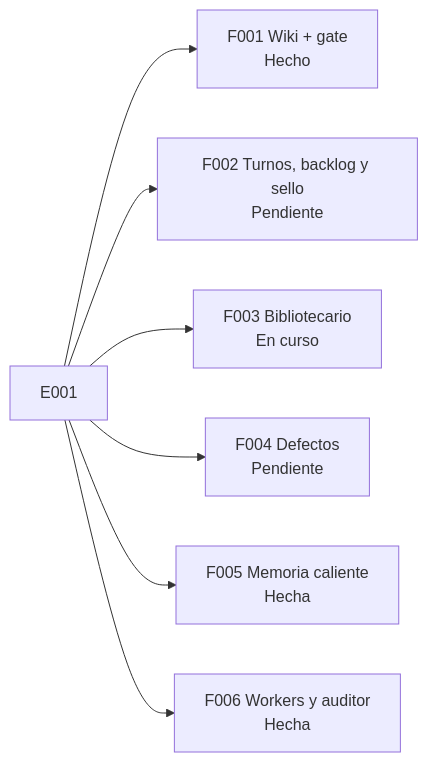
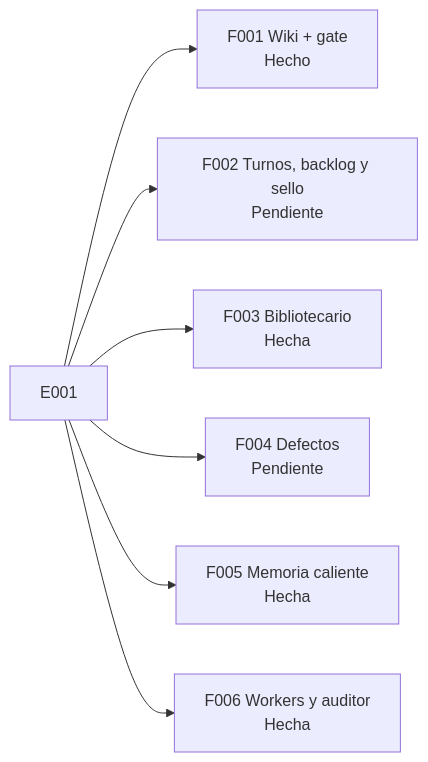
One commit to jliberal-aquas/aquas-central-harness-government changed the second of 2 diagrams in docs/E001/README.md. Above: the diagram before and after it, drawn with Mermaid. The commit also changed other lines of this file and 3 other files, not shown here.

````diff
--- a/docs/E001/README.md
+++ b/docs/E001/README.md
@@ -121,9 +121,9 @@
 ```mermaid
 flowchart LR
     E["E001"] --> F1["F001 Wiki + gate<br/>Hecho"]
     E --> F2["F002 Turnos, backlog y sello<br/>Pendiente"]
-    E --> F3["F003 Bibliotecario<br/>En curso"]
+    E --> F3["F003 Bibliotecario<br/>Hecha"]
     E --> F4["F004 Defectos<br/>Pendiente"]
     E --> F5["F005 Memoria caliente<br/>Hecha"]
     E --> F6["F006 Workers y auditor<br/>Hecha"]
 ```
````
